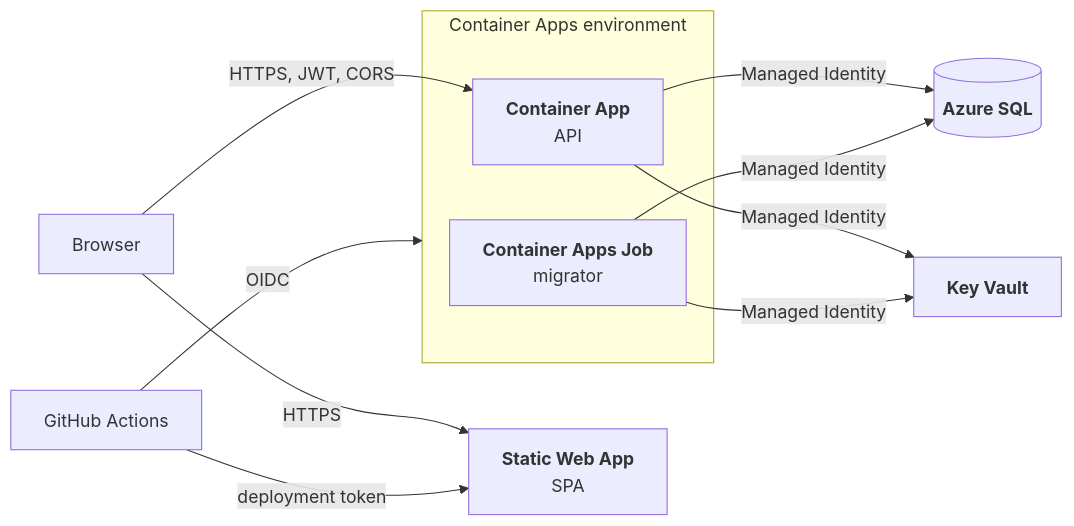
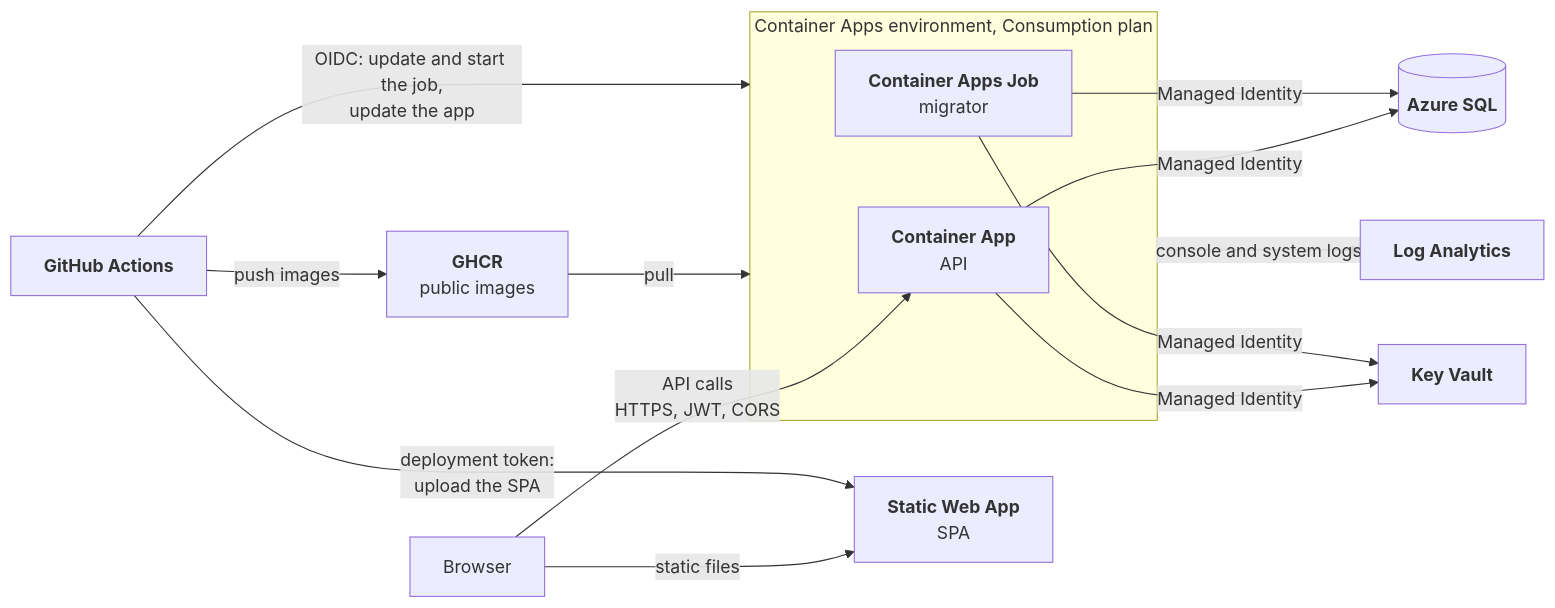
Before and after one commit to muszkab/TicketBookingPlatform: the diagram in docs/azure-deployment.md, drawn with Mermaid. The commit also changed other lines of this file and 1 other file, not shown here.

Commit message:
Enhance documentation: update Azure deployment

````diff
--- a/docs/azure-deployment.md
+++ b/docs/azure-deployment.md
@@ -11,18 +11,21 @@
 ```mermaid
 flowchart LR
-    USER[Browser] -->|HTTPS| SWA[<b>Static Web App</b><br/>SPA]
-    USER -->|HTTPS, JWT, CORS| API[<b>Container App</b><br/>API]
+    USER[Browser] -->|static files| SWA[<b>Static Web App</b><br/>SPA]
+    USER -->|API calls<br/>HTTPS, JWT, CORS| API
 
-    subgraph ENV[Container Apps environment]
-        API
+    subgraph ENV[Container Apps environment, Consumption plan]
+        API[<b>Container App</b><br/>API]
         JOB[<b>Container Apps Job</b><br/>migrator]
     end
 
     API -->|Managed Identity| SQL[(<b>Azure SQL</b>)]
     JOB -->|Managed Identity| SQL
     API -->|Managed Identity| KV[<b>Key Vault</b>]
     JOB -->|Managed Identity| KV
+    ENV -->|console and system logs| LA[<b>Log Analytics</b>]
 
-    GH[GitHub Actions] -->|OIDC| ENV
-    GH -->|deployment token| SWA
+    GH[<b>GitHub Actions</b>] -->|push images| GHCR[<b>GHCR</b><br/>public images]
+    GHCR -->|pull| ENV
+    GH -->|OIDC: update and start the job,<br/>update the app| ENV
+    GH -->|deployment token:<br/>upload the SPA| SWA
 ```
````
